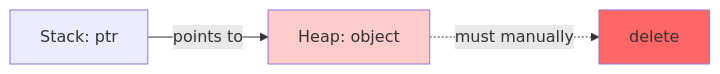
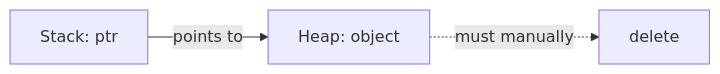
The diagram in docs/programming/cpp/06-pointers-references-and-smart-pointers/raw-pointers.md (AndriiSonsiadlo/knowledge-base), drawn with Mermaid before and after one commit. The commit also changed 8 other files, not shown here.

Commit message:
style (C++): theme-agnostic diagrams in memory, pointers and OOP docs

````diff
--- a/docs/programming/cpp/06-pointers-references-and-smart-pointers/raw-pointers.md
+++ b/docs/programming/cpp/06-pointers-references-and-smart-pointers/raw-pointers.md
@@ -159,7 +159,5 @@
 ```mermaid
 graph LR
     A[Stack: ptr] -->|points to| B[Heap: object]
     B -.->|must manually| C[delete]
-    style B fill:#ffcccc
-    style C fill:#ff6666
 ```
````
